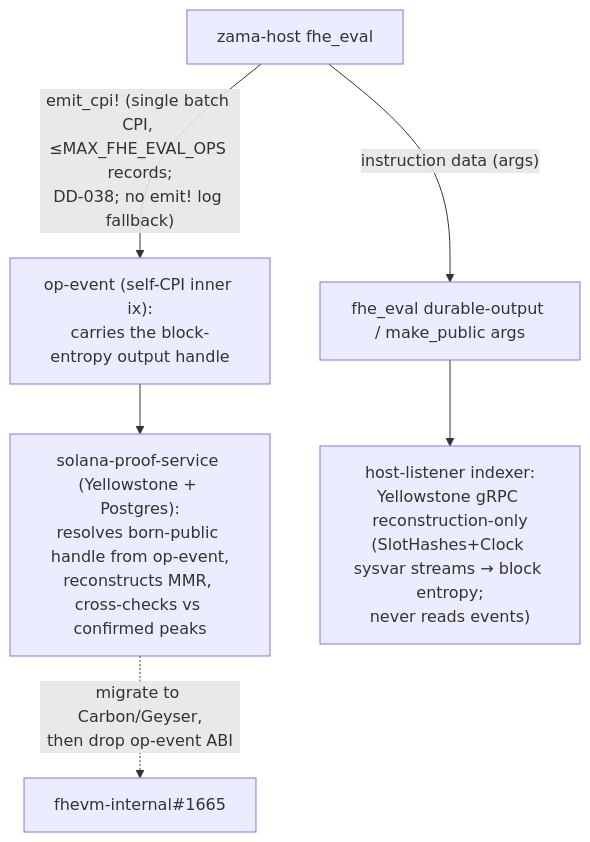
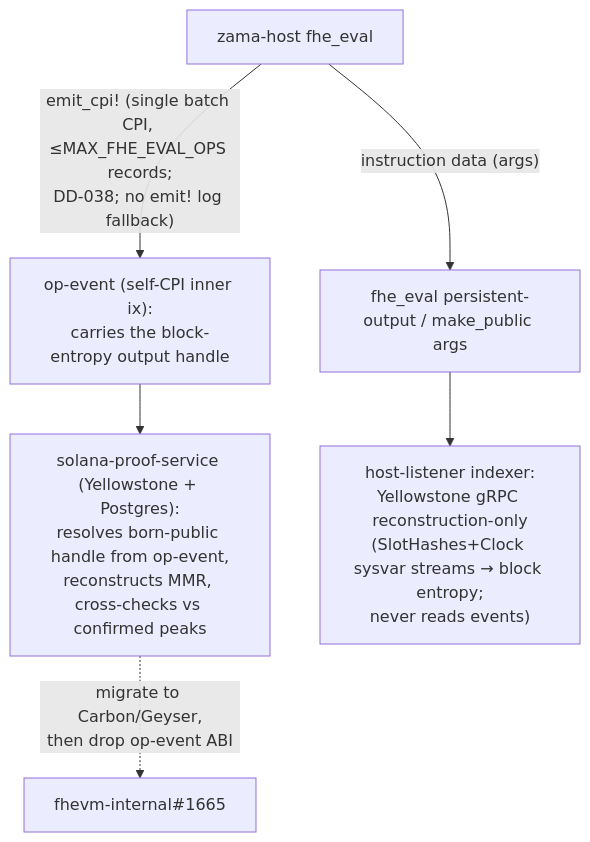
The sixth of 6 diagrams in solana/docs/MMR_ACL_MVP.md (zama-ai/fhevm), drawn with Mermaid before and after one commit. The commit also changed other lines of this file and 77 other files, not shown here.

First line of the commit message:
refactor(solana): rename durable to persistent (fhevm-internal#1859 §2)

````diff
--- a/solana/docs/MMR_ACL_MVP.md
+++ b/solana/docs/MMR_ACL_MVP.md
@@ -173,8 +173,8 @@
 ```mermaid
 flowchart TD
     prog["zama-host fhe_eval"] -->|"emit_cpi! (single batch CPI, ≤MAX_FHE_EVAL_OPS records;<br/>DD-038; no emit! log fallback)"| ev["op-event (self-CPI inner ix):<br/>carries the block-entropy output handle"]
-    prog -->|"instruction data (args)"| ix["fhe_eval durable-output / make_public args"]
+    prog -->|"instruction data (args)"| ix["fhe_eval persistent-output / make_public args"]
     ev --> proofsvc["solana-proof-service (Yellowstone + Postgres):<br/>resolves born-public handle from op-event,<br/>reconstructs MMR, cross-checks vs confirmed peaks"]
     ix --> listener["host-listener indexer:<br/>Yellowstone gRPC reconstruction-only<br/>(SlotHashes+Clock sysvar streams → block entropy;<br/>never reads events)"]
     proofsvc -.->|"migrate to Carbon/Geyser,<br/>then drop op-event ABI"| followup["fhevm-internal#1665"]
 ```
````
